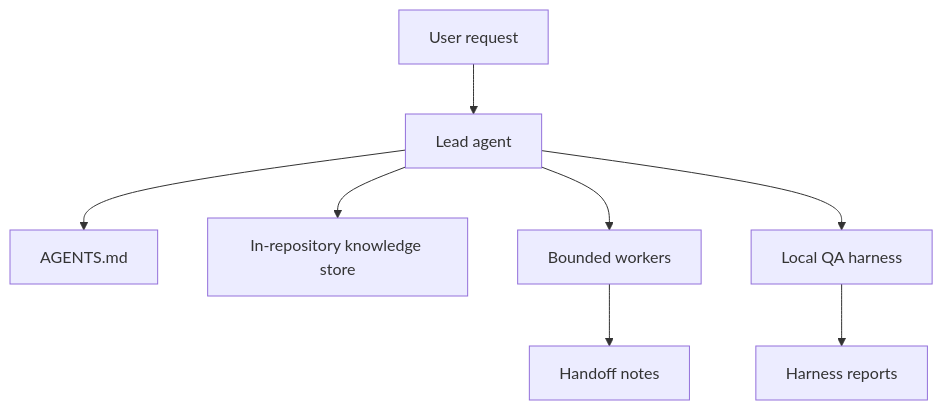
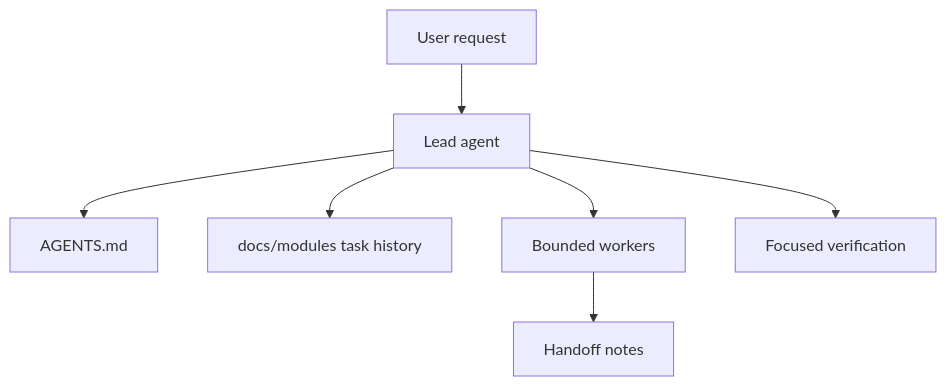
Before and after one commit to HungNgo96/agent_codex_private: the first of 2 diagrams in ARCHITECTURE.md, drawn with Mermaid. The commit also changed other lines of this file and 164 other files, not shown here.

````diff
--- a/ARCHITECTURE.md
+++ b/ARCHITECTURE.md
@@ -7,10 +7,9 @@
 ```mermaid
 flowchart TD
     User[User request] --> Lead[Lead agent]
     Lead --> Contract[AGENTS.md]
-    Lead --> Knowledge[In-repository knowledge store]
+    Lead --> Modules[docs/modules task history]
     Lead --> Workers[Bounded workers]
     Workers --> Handoffs[Handoff notes]
-    Lead --> Harness[Local QA harness]
-    Harness --> Reports[Harness reports]
+    Lead --> Verify[Focused verification]
 ```
````
